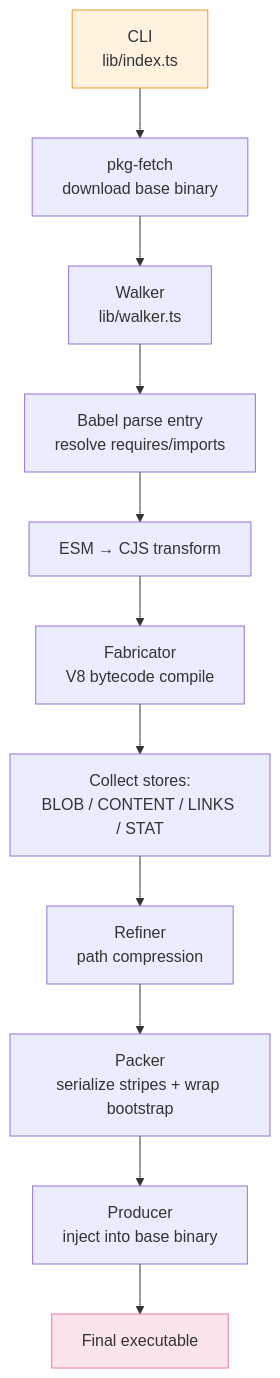
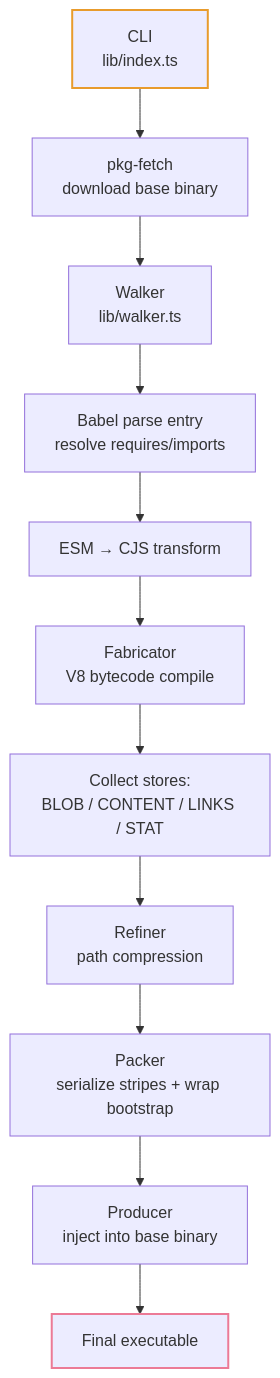
One commit to yao-pkg/pkg changed the second of 4 diagrams in docs-site/architecture.md. Above: the diagram before and after it, drawn with Mermaid. The commit also changed other lines of this file and 5 other files, not shown here.

Commit message:
docs: update mermaid diagram styles for better readability and adjust SEA mode documentation

````diff
--- a/docs-site/architecture.md
+++ b/docs-site/architecture.md
@@ -89,21 +82,21 @@
 ```mermaid
 flowchart TD
     CLI[CLI<br/>lib/index.ts]
     FETCH[pkg-fetch<br/>download base binary]
     WALK[Walker<br/>lib/walker.ts]
     PARSE[Babel parse entry<br/>resolve requires/imports]
     ESM[ESM → CJS transform]
     BYTE[Fabricator<br/>V8 bytecode compile]
     COLLECT[Collect stores:<br/>BLOB / CONTENT / LINKS / STAT]
     REFINE[Refiner<br/>path compression]
     PACK[Packer<br/>serialize stripes + wrap bootstrap]
     PROD[Producer<br/>inject into base binary]
     OUT[Final executable]
 
     CLI --> FETCH --> WALK
     WALK --> PARSE --> ESM --> BYTE --> COLLECT
     COLLECT --> REFINE --> PACK --> PROD --> OUT
 
-    style CLI fill:#fff3e0,stroke:#e89b2c
-    style OUT fill:#fce4ec,stroke:#ec7a96
+    style CLI stroke:#e89b2c,stroke-width:2px
+    style OUT stroke:#ec7a96,stroke-width:2px
 ```
````
